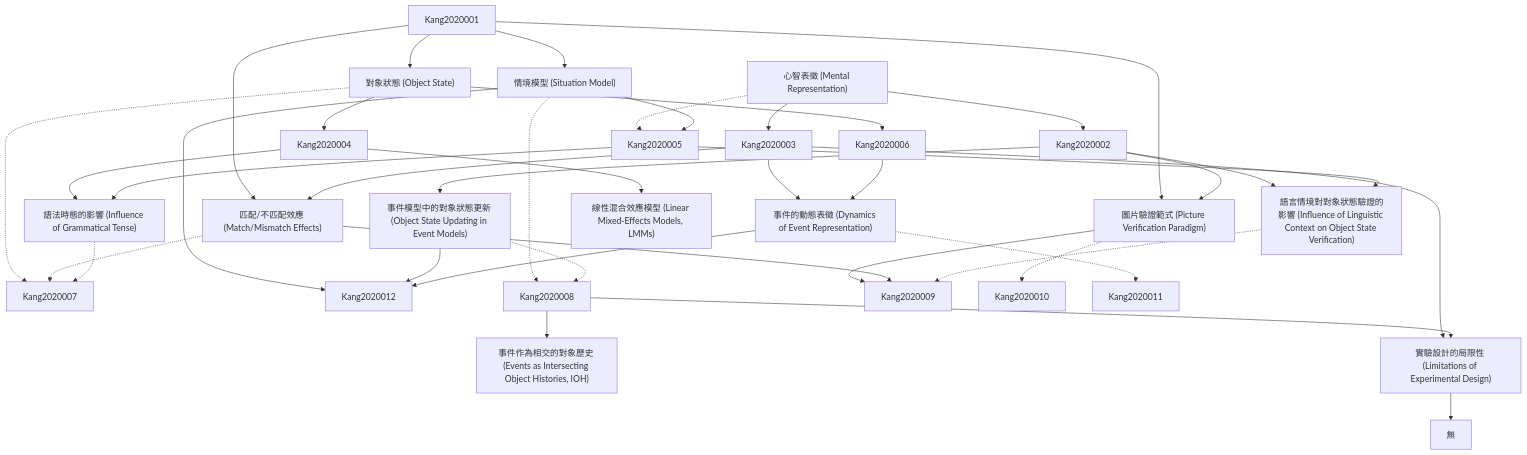
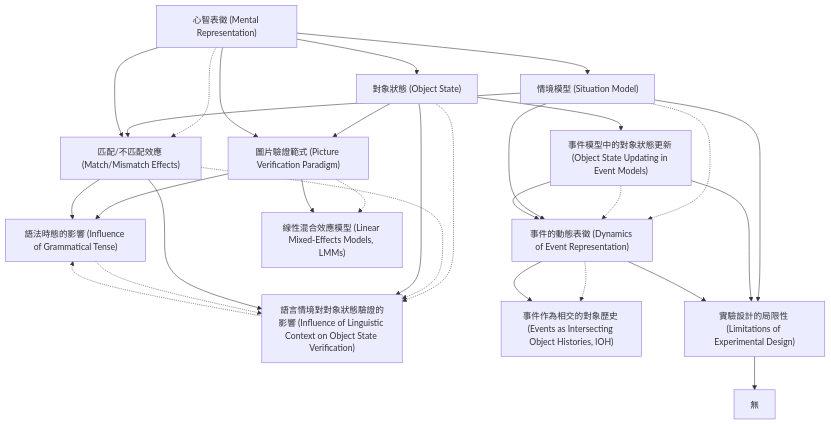
The diagram in output/zettelkasten_notes/zettel_Kang-2020_20251104/zettel_index.md (SCgeeker/Claude_Journal_Club_Agents), drawn with Mermaid before and after one commit. The commit also changed 776 other files, not shown here.

```diff
--- a/output/zettelkasten_notes/zettel_Kang-2020_20251104/zettel_index.md
+++ b/output/zettelkasten_notes/zettel_Kang-2020_20251104/zettel_index.md
@@ -116,77 +116,64 @@
 
     Kang-2020-012["實驗設計的局限性 (Limitations of Experimental Design)"]
 
-    Kang-2020-001 --> Kang2020002
+    Kang-2020-001 --> Kang-2020-002
 
-    Kang-2020-001 --> Kang2020003
+    Kang-2020-001 --> Kang-2020-003
 
-    Kang-2020-001 -.-> Kang2020005
+    Kang-2020-001 -.-> Kang-2020-005
 
-    Kang2020001 --> Kang-2020-002
 
-    Kang-2020-002 --> Kang2020004
+    Kang-2020-002 --> Kang-2020-004
 
-    Kang-2020-002 --> Kang2020006
+    Kang-2020-002 --> Kang-2020-006
 
-    Kang-2020-002 -.-> Kang2020007
+    Kang-2020-002 -.-> Kang-2020-007
 
-    Kang2020001 --> Kang-2020-003
 
-    Kang-2020-003 --> Kang2020005
+    Kang-2020-003 --> Kang-2020-005
 
-    Kang-2020-003 --> Kang2020012
+    Kang-2020-003 --> Kang-2020-012
 
-    Kang-2020-003 -.-> Kang2020008
+    Kang-2020-003 -.-> Kang-2020-008
 
-    Kang2020001 --> Kang-2020-004
+    Kang-2020-001 --> Kang-2020-004
 
-    Kang2020002 --> Kang-2020-004
 
-    Kang-2020-004 --> Kang2020009
+    Kang-2020-004 --> Kang-2020-009
 
-    Kang-2020-004 -.-> Kang2020010
+    Kang-2020-004 -.-> Kang-2020-010
 
-    Kang2020001 --> Kang-2020-005
+    Kang-2020-001 --> Kang-2020-005
 
-    Kang2020003 --> Kang-2020-005
 
-    Kang-2020-005 --> Kang2020009
+    Kang-2020-005 --> Kang-2020-009
 
-    Kang-2020-005 -.-> Kang2020007
+    Kang-2020-005 -.-> Kang-2020-007
 
-    Kang2020002 --> Kang-2020-006
 
-    Kang-2020-006 --> Kang2020012
+    Kang-2020-006 --> Kang-2020-012
 
-    Kang-2020-006 -.-> Kang2020008
+    Kang-2020-006 -.-> Kang-2020-008
 
-    Kang2020002 --> Kang-2020-007
+    Kang-2020-002 --> Kang-2020-007
 
-    Kang2020005 --> Kang-2020-007
+    Kang-2020-005 --> Kang-2020-007
 
-    Kang-2020-007 -.-> Kang2020009
+    Kang-2020-007 -.-> Kang-2020-009
 
-    Kang2020003 --> Kang-2020-008
+    Kang-2020-003 --> Kang-2020-008
 
-    Kang2020006 --> Kang-2020-008
+    Kang-2020-006 --> Kang-2020-008
 
-    Kang-2020-008 --> Kang2020012
+    Kang-2020-008 --> Kang-2020-012
 
-    Kang-2020-008 -.-> Kang2020011
+    Kang-2020-008 -.-> Kang-2020-011
 
-    Kang2020004 --> Kang-2020-009
+    Kang-2020-009 -.-> Kang-2020-007
 
-    Kang2020005 --> Kang-2020-009
+    Kang-2020-004 --> Kang-2020-010
 
-    Kang-2020-009 -.-> Kang2020007
-
-    Kang2020004 --> Kang-2020-010
-
-    Kang2020008 --> Kang-2020-011
-
-    Kang2020003 --> Kang-2020-012
-
-    Kang2020008 --> Kang-2020-012
+    Kang-2020-008 --> Kang-2020-011
 
     Kang-2020-012 --> 無
 
```
